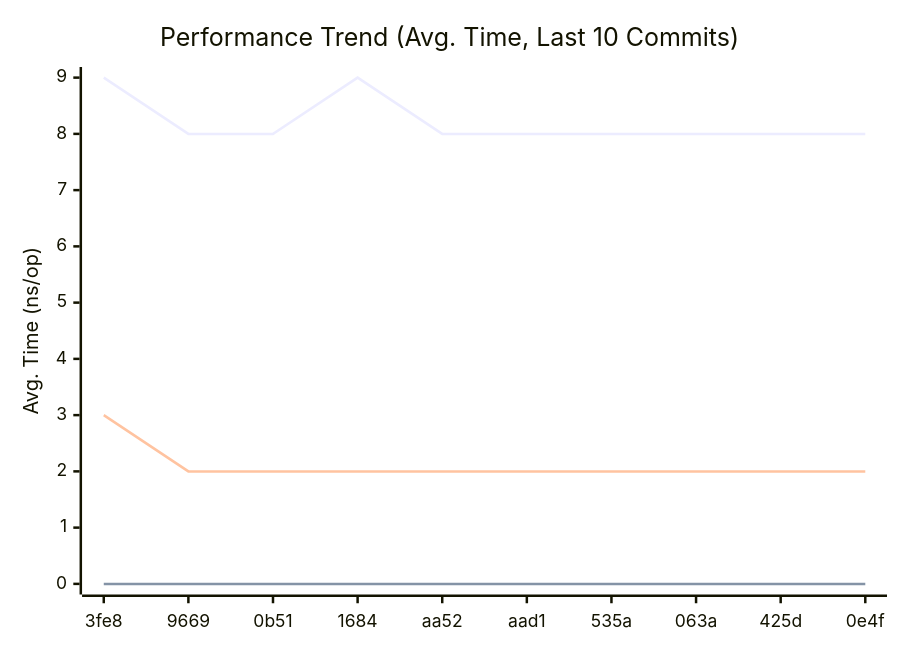
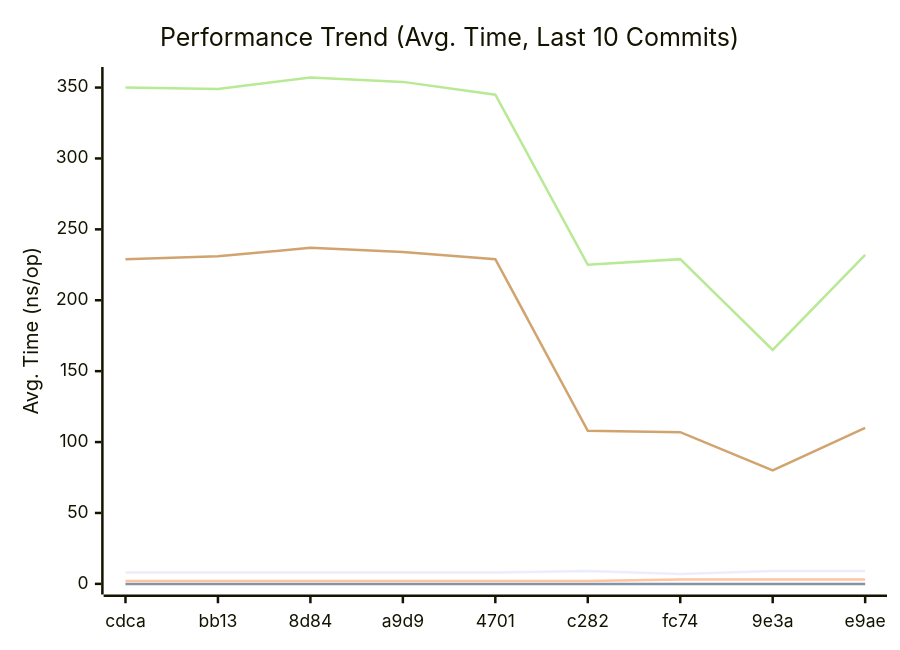
The first of 3 diagrams in doc/README.md (alsotoes/momo), drawn with Mermaid before and after one commit. The commit also changed other lines of this file and 1 other file, not shown here.

````diff
--- a/doc/README.md
+++ b/doc/README.md
@@ -290,10 +302,13 @@
 ```mermaid
 xychart-beta
     title "Performance Trend (Avg. Time, Last 10 Commits)"
     x-axis "Commit"
     y-axis "Avg. Time (ns/op)"
-    x-axis [3fe8,9669,0b51,1684,aa52,aad1,535a,063a,425d,0e4f]
-    line "CheckMetricsAndSwap" [9,8,8,9,8,8,8,8,8,8]
+    x-axis [cdca,bb13,8d84,a9d9,4701,c282,fc74,9e3a,e9ae]
+    line "CheckMetricsAndSwap" [8,8,8,8,8,9,7,9,9,9]
     line "IndexDirectTracking" [0,0,0,0,0,0,0,0,0,0]
-    line "IndexSearch" [3,2,2,2,2,2,2,2,2,2]
+    line "IndexSearch" [2,2,2,2,2,2,3,3,3,2]
+    line "PadString" [57]
+    line "ParseReplicationOrder_NoPrealloc" [350,349,357,354,345,225,229,165,232,234]
+    line "ParseReplicationOrder_Prealloc" [229,231,237,234,229,108,107,80,110,109]
 ```
````
